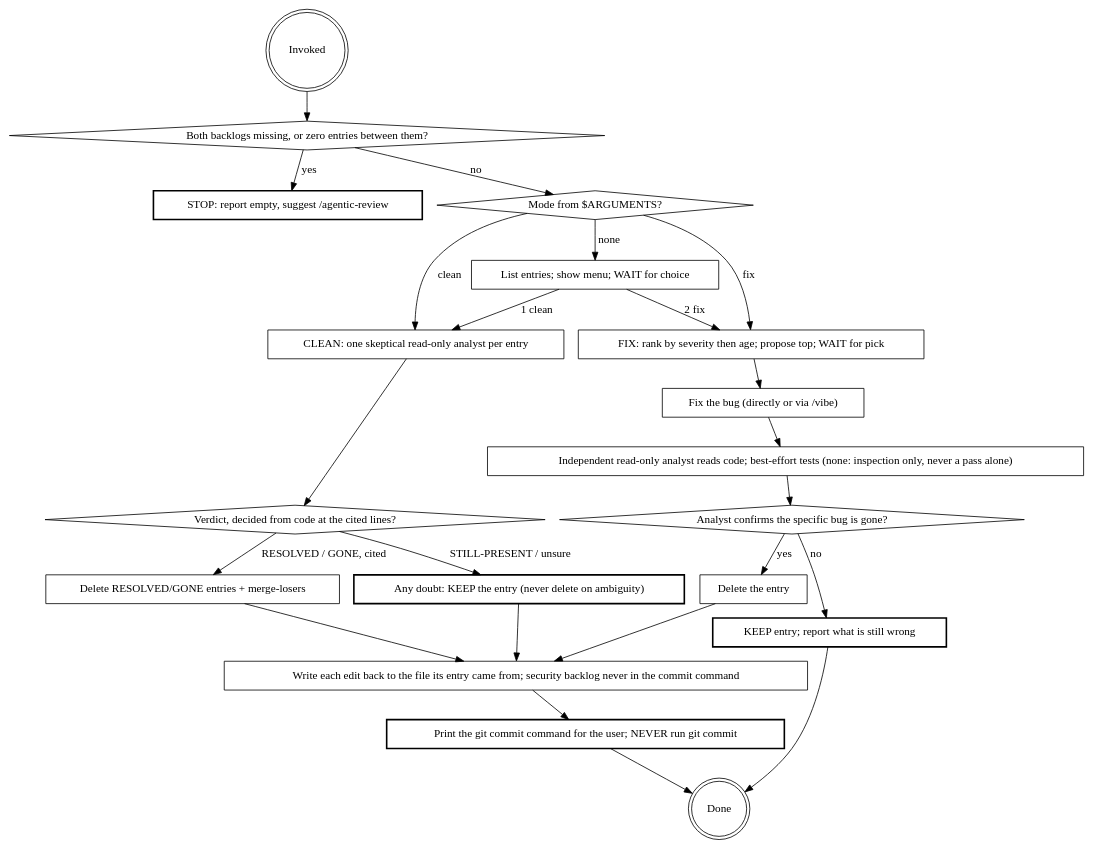
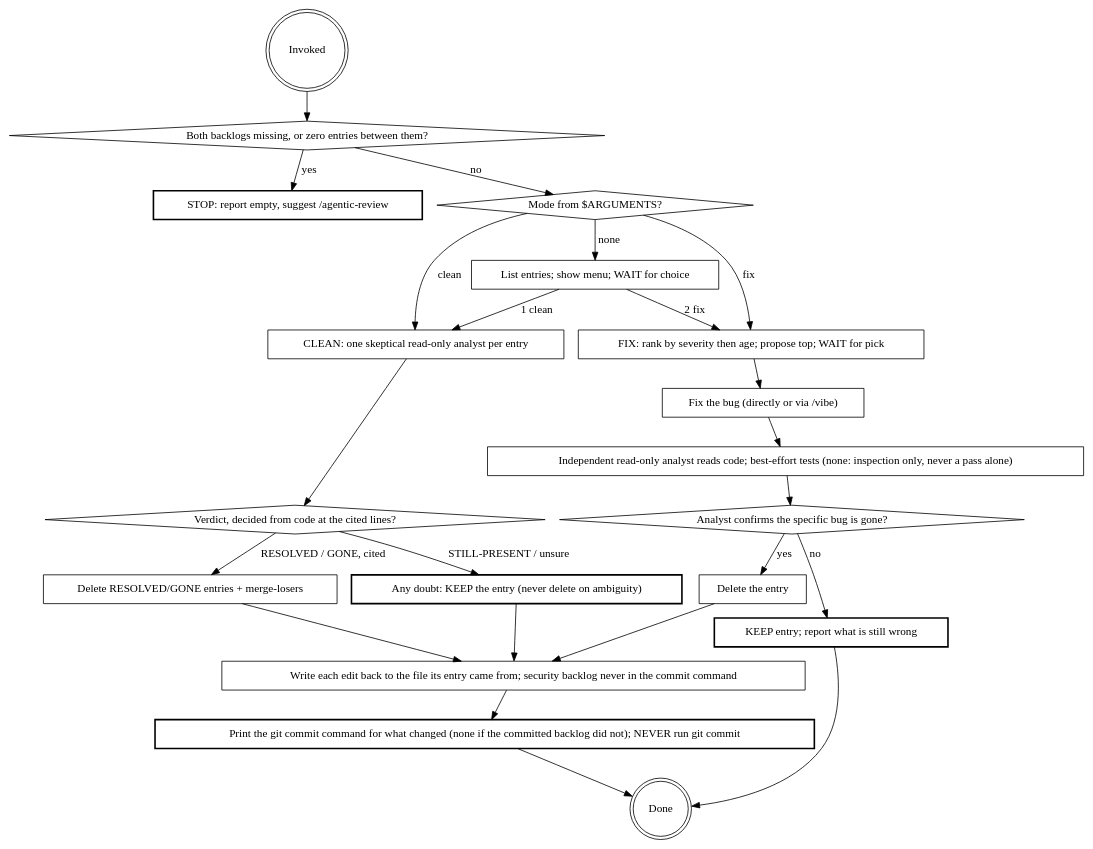
One commit to Ovid/paad changed the diagram in preview/paad/skills/backlog/SKILL.md. Above: the diagram before and after it, drawn with Graphviz. The commit also changed other lines of this file and 1 other file, not shown here.

First line of the commit message:
backlog: delete migrated copies only in Clean mode, and skip an empty commit

````diff
--- a/preview/paad/skills/backlog/SKILL.md
+++ b/preview/paad/skills/backlog/SKILL.md
@@ -25,50 +25,50 @@
 ```dot
 digraph backlog {
   "Invoked" [shape=doublecircle];
   "Both backlogs missing, or zero entries between them?" [shape=diamond];
   "STOP: report empty, suggest /agentic-review" [shape=box, style=bold];
   "Mode from $ARGUMENTS?" [shape=diamond];
   "List entries; show menu; WAIT for choice" [shape=box];
 
   "CLEAN: one skeptical read-only analyst per entry" [shape=box];
   "Verdict, decided from code at the cited lines?" [shape=diamond];
   "Any doubt: KEEP the entry (never delete on ambiguity)" [shape=box, style=bold];
   "Delete RESOLVED/GONE entries + merge-losers" [shape=box];
 
   "FIX: rank by severity then age; propose top; WAIT for pick" [shape=box];
   "Fix the bug (directly or via /vibe)" [shape=box];
   "Independent read-only analyst reads code; best-effort tests (none: inspection only, never a pass alone)" [shape=box];
   "Analyst confirms the specific bug is gone?" [shape=diamond];
   "KEEP entry; report what is still wrong" [shape=box, style=bold];
   "Delete the entry" [shape=box];
 
   "Write each edit back to the file its entry came from; security backlog never in the commit command" [shape=box];
-  "Print the git commit command for the user; NEVER run git commit" [shape=box, style=bold];
+  "Print the git commit command for what changed (none if the committed backlog did not); NEVER run git commit" [shape=box, style=bold];
   "Done" [shape=doublecircle];
 
   "Invoked" -> "Both backlogs missing, or zero entries between them?";
   "Both backlogs missing, or zero entries between them?" -> "STOP: report empty, suggest /agentic-review" [label="yes"];
   "Both backlogs missing, or zero entries between them?" -> "Mode from $ARGUMENTS?" [label="no"];
   "Mode from $ARGUMENTS?" -> "List entries; show menu; WAIT for choice" [label="none"];
   "Mode from $ARGUMENTS?" -> "CLEAN: one skeptical read-only analyst per entry" [label="clean"];
   "Mode from $ARGUMENTS?" -> "FIX: rank by severity then age; propose top; WAIT for pick" [label="fix"];
   "List entries; show menu; WAIT for choice" -> "CLEAN: one skeptical read-only analyst per entry" [label="1 clean"];
   "List entries; show menu; WAIT for choice" -> "FIX: rank by severity then age; propose top; WAIT for pick" [label="2 fix"];
 
   "CLEAN: one skeptical read-only analyst per entry" -> "Verdict, decided from code at the cited lines?";
   "Verdict, decided from code at the cited lines?" -> "Any doubt: KEEP the entry (never delete on ambiguity)" [label="STILL-PRESENT / unsure"];
   "Verdict, decided from code at the cited lines?" -> "Delete RESOLVED/GONE entries + merge-losers" [label="RESOLVED / GONE, cited"];
   "Any doubt: KEEP the entry (never delete on ambiguity)" -> "Write each edit back to the file its entry came from; security backlog never in the commit command";
   "Delete RESOLVED/GONE entries + merge-losers" -> "Write each edit back to the file its entry came from; security backlog never in the commit command";
 
   "FIX: rank by severity then age; propose top; WAIT for pick" -> "Fix the bug (directly or via /vibe)";
   "Fix the bug (directly or via /vibe)" -> "Independent read-only analyst reads code; best-effort tests (none: inspection only, never a pass alone)";
   "Independent read-only analyst reads code; best-effort tests (none: inspection only, never a pass alone)" -> "Analyst confirms the specific bug is gone?";
   "Analyst confirms the specific bug is gone?" -> "Delete the entry" [label="yes"];
   "Analyst confirms the specific bug is gone?" -> "KEEP entry; report what is still wrong" [label="no"];
   "Delete the entry" -> "Write each edit back to the file its entry came from; security backlog never in the commit command";
   "KEEP entry; report what is still wrong" -> "Done";
-  "Write each edit back to the file its entry came from; security backlog never in the commit command" -> "Print the git commit command for the user; NEVER run git commit";
-  "Print the git commit command for the user; NEVER run git commit" -> "Done";
+  "Write each edit back to the file its entry came from; security backlog never in the commit command" -> "Print the git commit command for what changed (none if the committed backlog did not); NEVER run git commit";
+  "Print the git commit command for what changed (none if the committed backlog did not); NEVER run git commit" -> "Done";
 }
 ```
````
